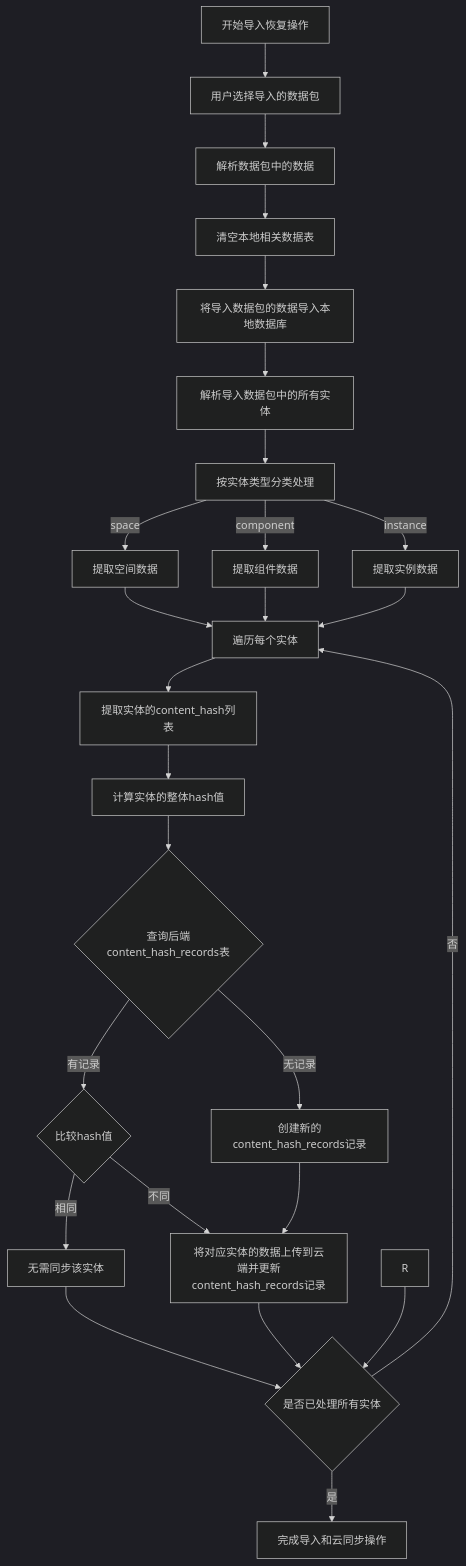
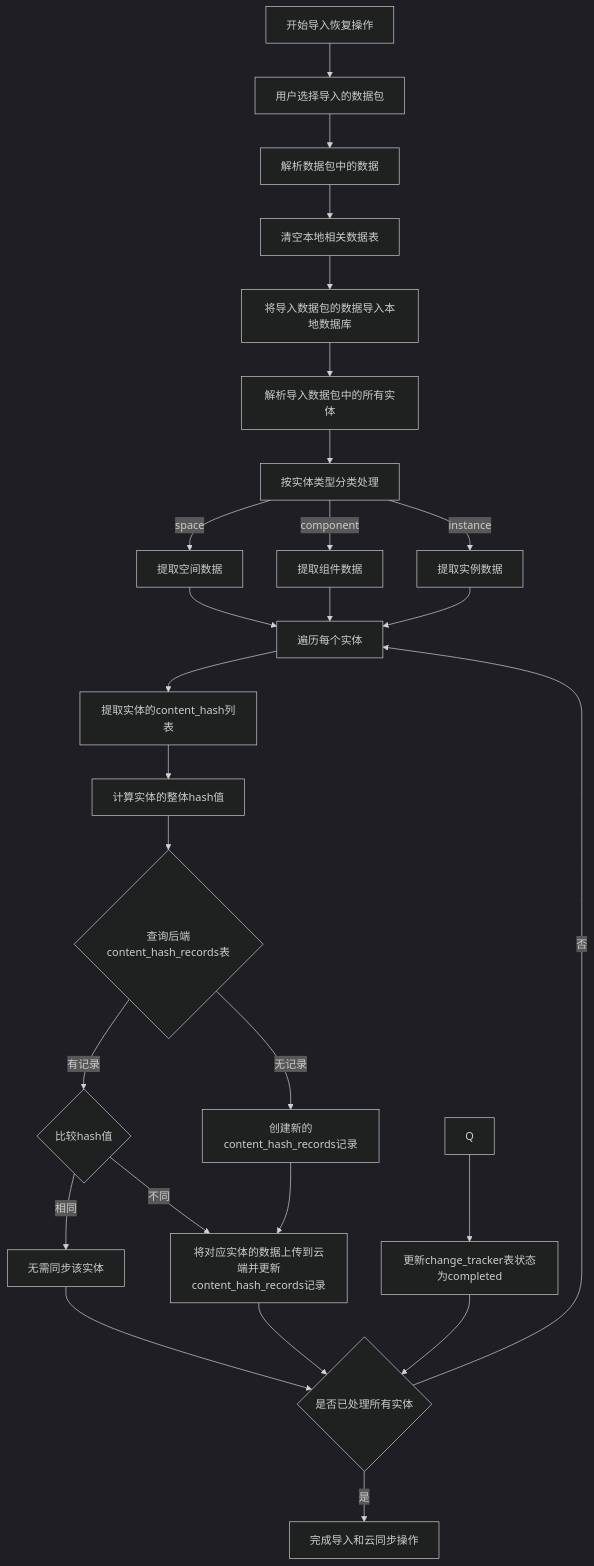
The diagram in all/未命名-44.md (yingjianzh/iodraw-files), drawn with Mermaid (dark theme) before and after one commit.

Commit message:
2025-04-27 11:43:13 update

````diff
--- a/all/未命名-44.md
+++ b/all/未命名-44.md
@@ -1,38 +1,38 @@
 ```mermaid
 flowchart TD
     A[开始导入恢复操作] --> B[用户选择导入的数据包]
     B --> C[解析数据包中的数据]
     
     C --> D[清空本地相关数据表]
     D --> E[将导入数据包的数据导入本地数据库]
     
     E --> F[解析导入数据包中的所有实体]
     F --> G[按实体类型分类处理]
     
     G -->|space| H1[提取空间数据]
     G -->|component| H2[提取组件数据]
     G -->|instance| H3[提取实例数据]
     
     H1 --> I[遍历每个实体]
     H2 --> I
     H3 --> I
     
     I --> J[提取实体的content_hash列表]
     J --> K[计算实体的整体hash值]
     
     K --> L{查询后端content_hash_records表}
     L -->|无记录| M1[创建新的content_hash_records记录]
     L -->|有记录| M2{比较hash值}
     
     M2 -->|相同| M3[无需同步该实体]
     M2 -->|不同| M4[将对应实体的数据上传到云端并更新content_hash_records记录]
     M1 --> M4
     
-   
+    Q --> R[更新change_tracker表状态为completed]
     M3 --> S{是否已处理所有实体}
     M4 --> S{是否已处理所有实体}
     R --> S
     
     S -->|否| I
     S -->|是| T[完成导入和云同步操作]
 ```
````
